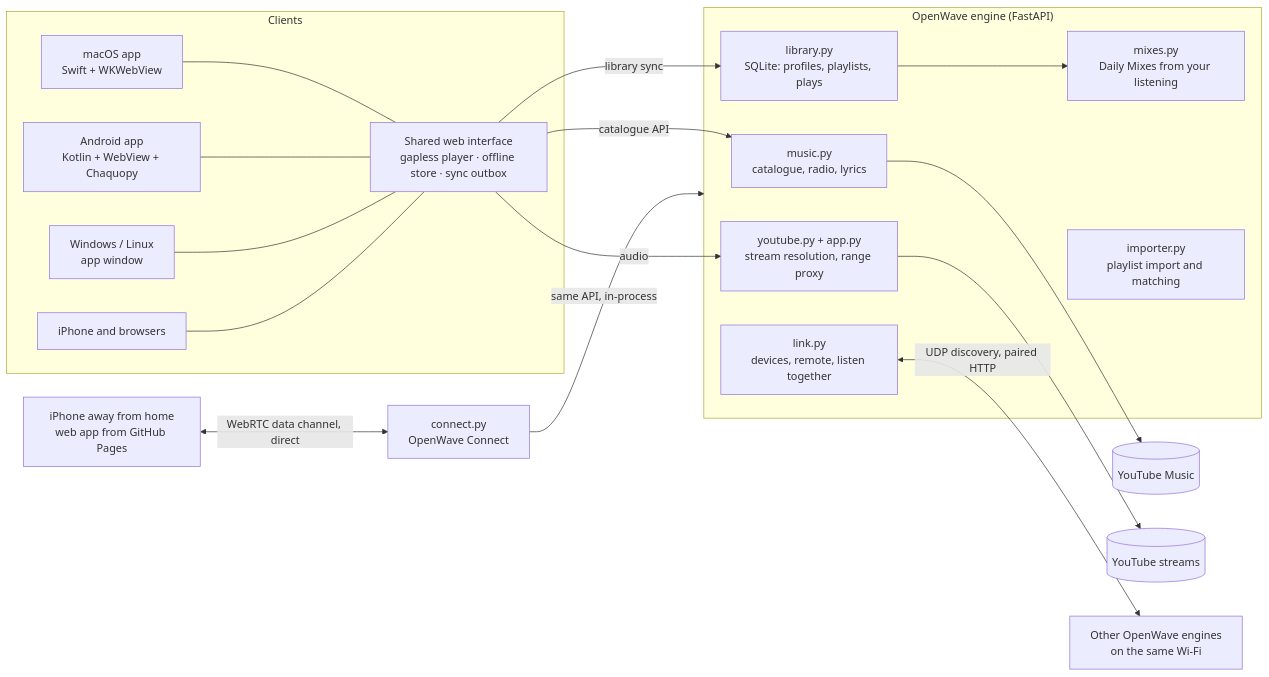
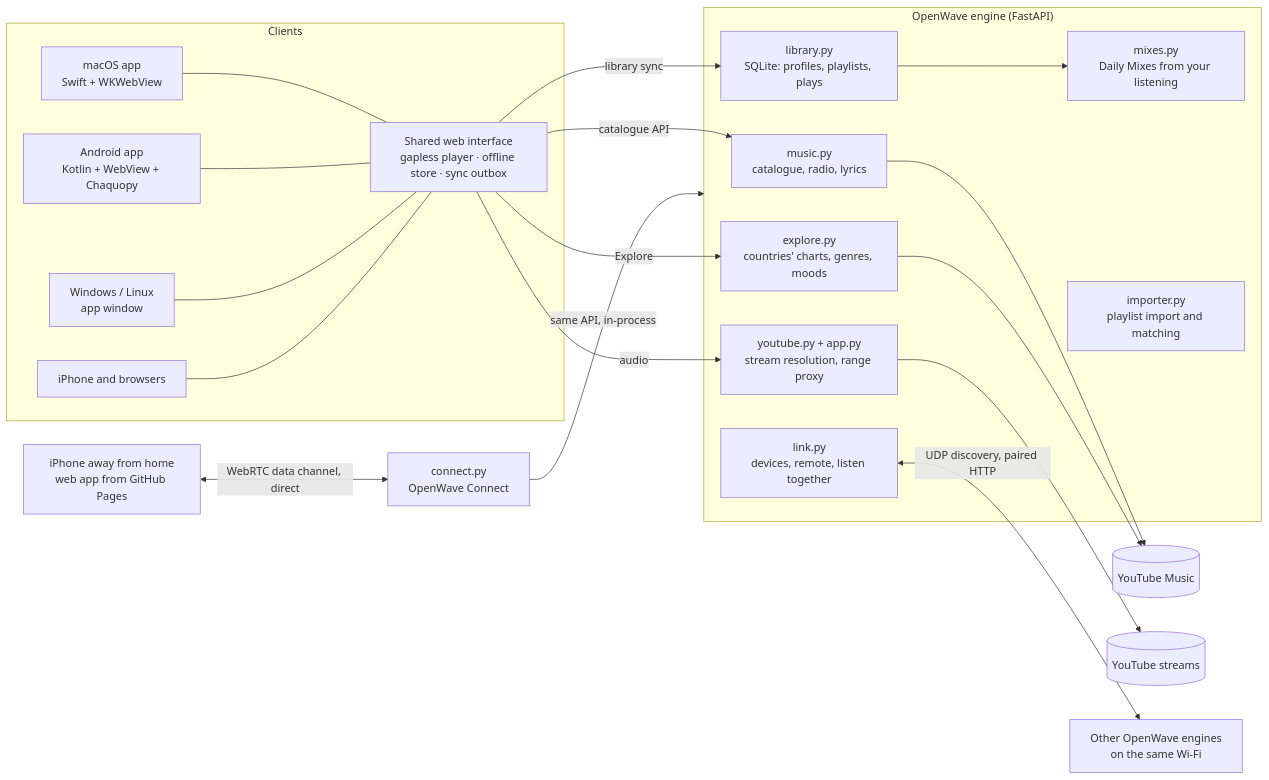
The diagram in README.md (SaiSiddharthBS/OpenWave), drawn with Mermaid before and after one commit. The commit also changed other lines of this file and 25 other files, not shown here.

First line of the commit message:
Explore: the world's charts on a dotted map

````diff
--- a/README.md
+++ b/README.md
@@ -263,36 +282,39 @@
 ```mermaid
 flowchart LR
   subgraph Clients
     UI["Shared web interface<br/>gapless player · offline store · sync outbox"]
     Mac["macOS app<br/>Swift + WKWebView"]
     And["Android app<br/>Kotlin + WebView + Chaquopy"]
     Desk["Windows / Linux<br/>app window"]
     Web["iPhone and browsers"]
   end
   subgraph Engine["OpenWave engine (FastAPI)"]
     Music["music.py<br/>catalogue, radio, lyrics"]
+    Explore["explore.py<br/>countries' charts, genres, moods"]
     Stream["youtube.py + app.py<br/>stream resolution, range proxy"]
     Lib["library.py<br/>SQLite: profiles, playlists, plays"]
     Mixes["mixes.py<br/>Daily Mixes from your listening"]
     Imp["importer.py<br/>playlist import and matching"]
     Link["link.py<br/>devices, remote, listen together"]
   end
   YTM[("YouTube Music")]
   YT[("YouTube streams")]
   Peers["Other OpenWave engines<br/>on the same Wi-Fi"]
   Mac --- UI
   And --- UI
   Desk --- UI
   Web --- UI
   UI -->|catalogue API| Music
   UI -->|audio| Stream
   UI -->|library sync| Lib
   Lib --> Mixes
   Music --> YTM
+  UI -->|Explore| Explore
+  Explore --> YTM
   Stream --> YT
   Link <-->|UDP discovery, paired HTTP| Peers
   Phone["iPhone away from home<br/>web app from GitHub Pages"]
   Conn["connect.py<br/>OpenWave Connect"]
   Phone <-->|WebRTC data channel, direct| Conn
   Conn -->|same API, in-process| Engine
 ```
````
